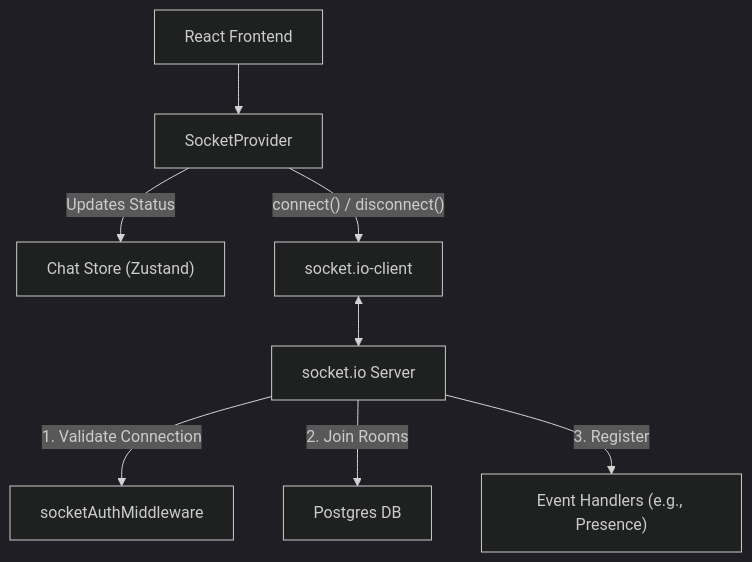
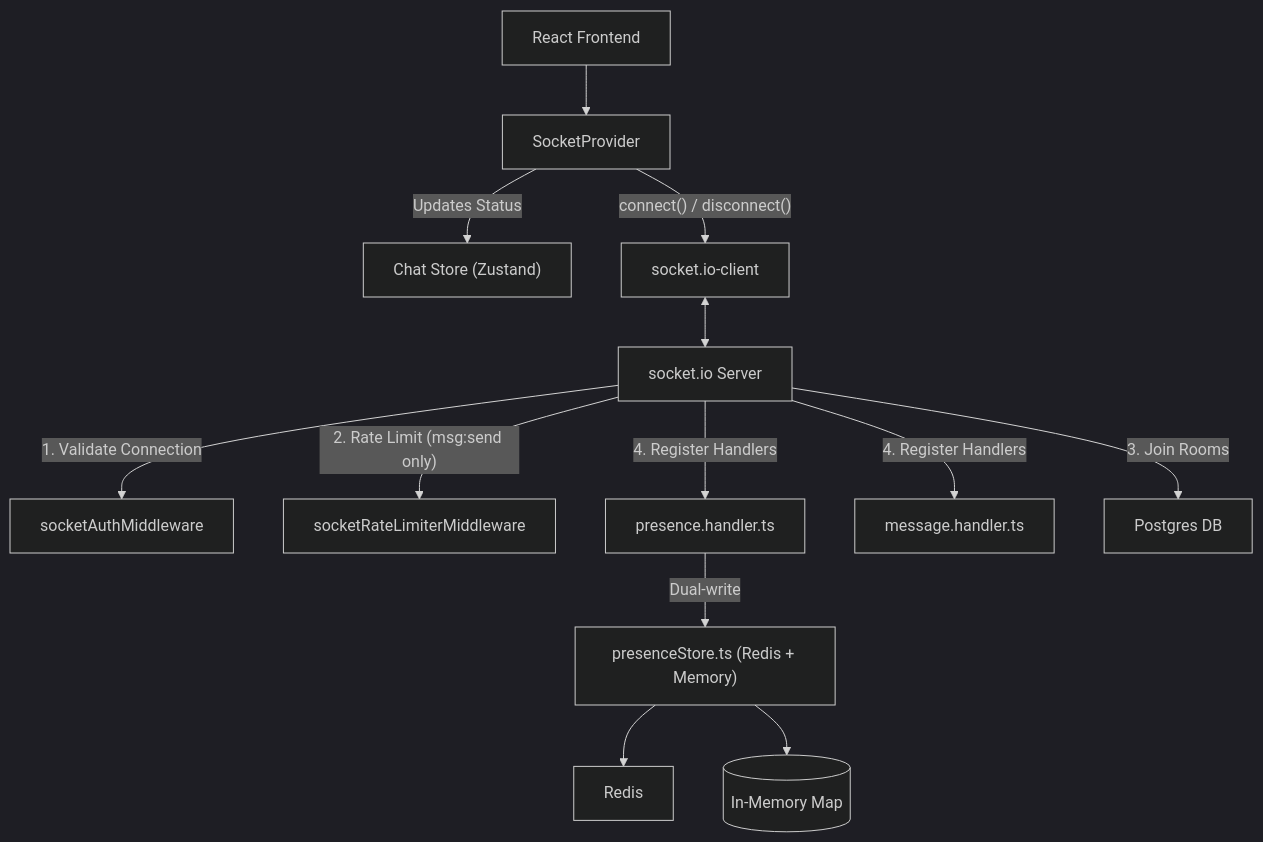
One commit to Kashyap-empiric/Nexus changed the second of 2 diagrams in .docs/modules/socket.md. Above: the diagram before and after it, drawn with Mermaid (dark theme). The commit also changed other lines of this file and 14 other files, not shown here.

````diff
--- a/.docs/modules/socket.md
+++ b/.docs/modules/socket.md
@@ -33,19 +37,27 @@
 ```mermaid
 flowchart TD
     Client["React Frontend"]
     SocketProv["SocketProvider"]
     Zustand["Chat Store (Zustand)"]
     SocketLib["socket.io-client"]
     Server["socket.io Server"]
     AuthMiddle["socketAuthMiddleware"]
-    Handlers["Event Handlers (e.g., Presence)"]
+    RateLimit["socketRateLimiterMiddleware"]
+    PresenceStore["presenceStore.ts (Redis + Memory)"]
+    PresenceHandler["presence.handler.ts"]
+    MessageHandler["message.handler.ts"]
     DB["Postgres DB"]
 
     Client --> SocketProv
     SocketProv -->|"Updates Status"| Zustand
     SocketProv -->|"connect() / disconnect()"| SocketLib
     SocketLib <--> Server
     Server -->|"1. Validate Connection"| AuthMiddle
-    Server -->|"2. Join Rooms"| DB
-    Server -->|"3. Register"| Handlers
+    Server -->|"2. Rate Limit (msg:send only)"| RateLimit
+    Server -->|"3. Join Rooms"| DB
+    Server -->|"4. Register Handlers"| PresenceHandler
+    Server -->|"4. Register Handlers"| MessageHandler
+    PresenceHandler -->|"Dual-write"| PresenceStore
+    PresenceStore --> Redis
+    PresenceStore --> Memory[(In-Memory Map)]
 ```
````
